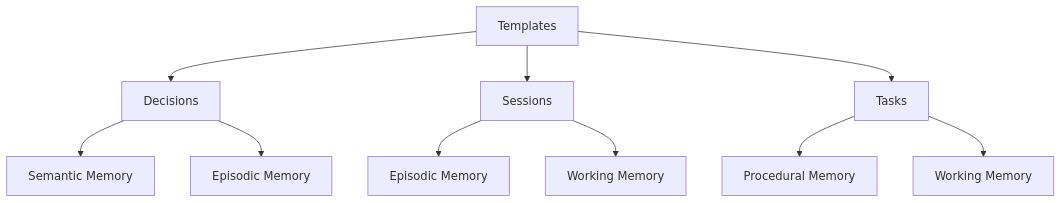
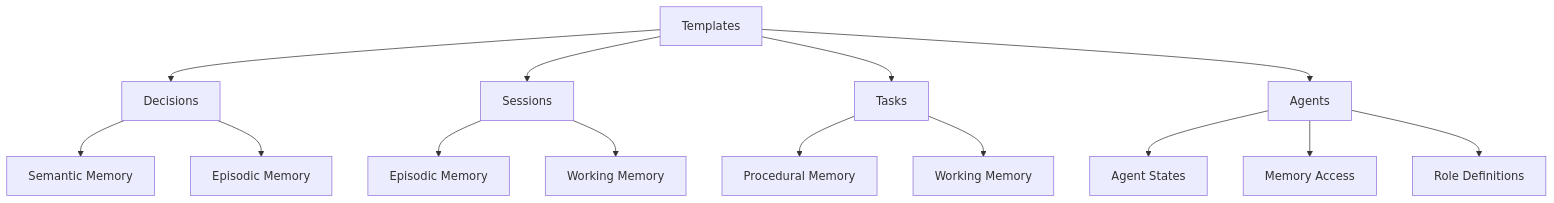
The diagram in docs/templates.md (FixingPixels/Aegis), drawn with Mermaid before and after one commit. The commit also changed other lines of this file and 19 other files, not shown here.

````diff
--- a/docs/templates.md
+++ b/docs/templates.md
@@ -7,15 +7,20 @@
 ```mermaid
 graph TD
     A[Templates] --> B[Decisions]
     A --> C[Sessions]
     A --> D[Tasks]
+    A --> E[Agents]
     
     B --> B1[Semantic Memory]
     B --> B2[Episodic Memory]
     
     C --> C1[Episodic Memory]
     C --> C2[Working Memory]
     
     D --> D1[Procedural Memory]
     D --> D2[Working Memory]
+    
+    E --> E1[Agent States]
+    E --> E2[Memory Access]
+    E --> E3[Role Definitions]
 ```
````
